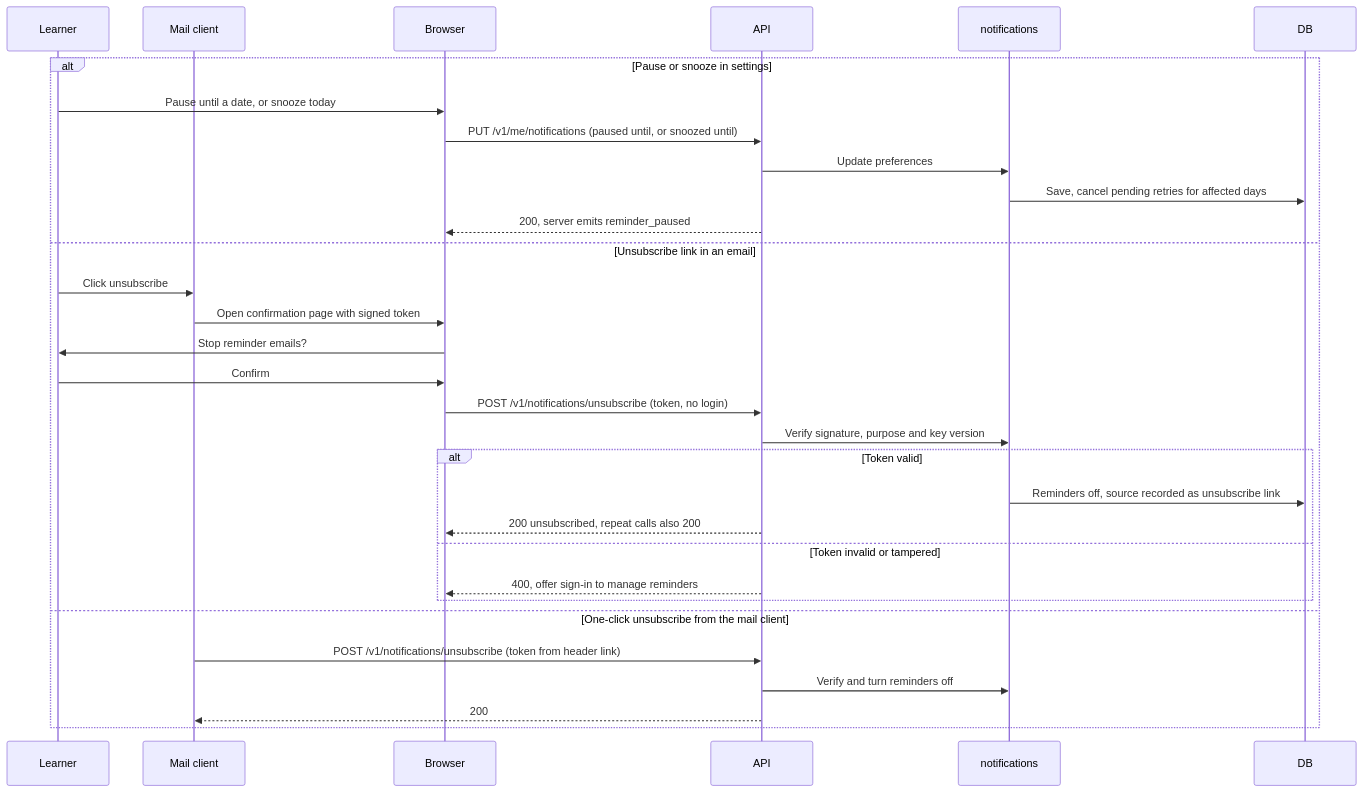
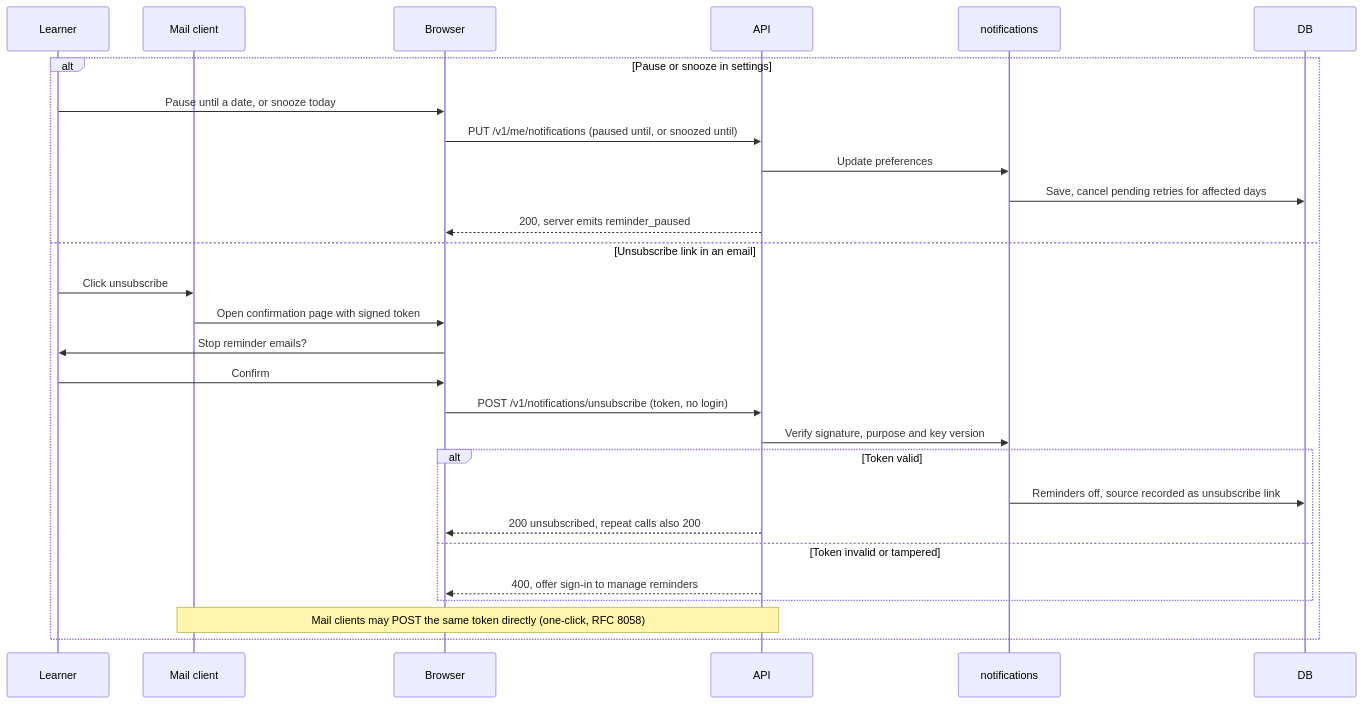
One commit to GhanshyamSoni68/app_idea changed diagram 14 of 19 in devstep/docs/03-key-flows.md. Above: the diagram before and after it, drawn with Mermaid. The commit also changed other lines of this file and 5 other files, not shown here.

````diff
--- a/devstep/docs/03-key-flows.md
+++ b/devstep/docs/03-key-flows.md
@@ -886,33 +830,30 @@
 ```mermaid
 sequenceDiagram
     participant L as Learner
     participant MC as Mail client
     participant B as Browser
     participant API
     participant NTF as notifications
     participant DB
     alt Pause or snooze in settings
         L->>B: Pause until a date, or snooze today
         B->>API: PUT /v1/me/notifications (paused until, or snoozed until)
         API->>NTF: Update preferences
         NTF->>DB: Save, cancel pending retries for affected days
         API-->>B: 200, server emits reminder_paused
     else Unsubscribe link in an email
         L->>MC: Click unsubscribe
         MC->>B: Open confirmation page with signed token
         B->>L: Stop reminder emails?
         L->>B: Confirm
         B->>API: POST /v1/notifications/unsubscribe (token, no login)
         API->>NTF: Verify signature, purpose and key version
         alt Token valid
             NTF->>DB: Reminders off, source recorded as unsubscribe link
             API-->>B: 200 unsubscribed, repeat calls also 200
         else Token invalid or tampered
             API-->>B: 400, offer sign-in to manage reminders
         end
-    else One-click unsubscribe from the mail client
-        MC->>API: POST /v1/notifications/unsubscribe (token from header link)
-        API->>NTF: Verify and turn reminders off
-        API-->>MC: 200
+        Note over MC,API: Mail clients may POST the same token directly (one-click, RFC 8058)
     end
 ```
````
